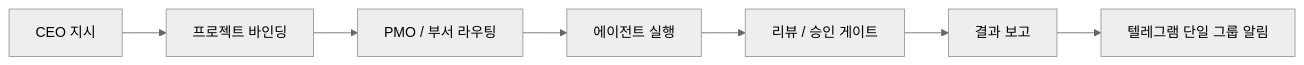
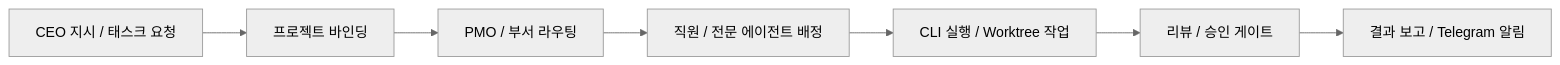
The diagram in README.md (sheryloe/DonggriCompany), drawn with Mermaid (neutral theme) before and after one commit. The commit also changed other lines of this file and 2 other files, not shown here.

````diff
--- a/README.md
+++ b/README.md
@@ -7,9 +26,9 @@
 ```mermaid
 flowchart LR
-  A["CEO 지시"] --> B["프로젝트 바인딩"]
+  A["CEO 지시 / 태스크 요청"] --> B["프로젝트 바인딩"]
   B --> C["PMO / 부서 라우팅"]
-  C --> D["에이전트 실행"]
-  D --> E["리뷰 / 승인 게이트"]
-  E --> F["결과 보고"]
-  F --> G["텔레그램 단일 그룹 알림"]
+  C --> D["직원 / 전문 에이전트 배정"]
+  D --> E["CLI 실행 / Worktree 작업"]
+  E --> F["리뷰 / 승인 게이트"]
+  F --> G["결과 보고 / Telegram 알림"]
 ```
````
